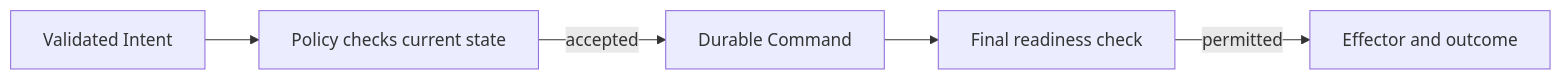
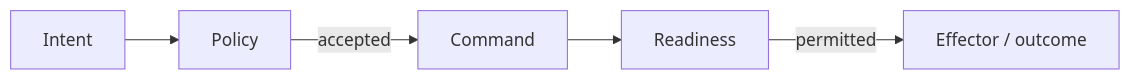
One commit to ghassan-ai-projects/agentic-stream changed the diagram in documentation/learn/safe-actions.md. Above: the diagram before and after it, drawn with Mermaid. The commit also changed 37 other files, not shown here.

Commit message:
docs: simplify diagrams and verify the learning and runtime guides

````diff
--- a/documentation/learn/safe-actions.md
+++ b/documentation/learn/safe-actions.md
@@ -25,7 +25,7 @@
 ```mermaid
 flowchart LR
-    I["Validated Intent"] --> P["Policy checks current state"]
-    P -->|accepted| C["Durable Command"]
-    C --> R["Final readiness check"]
-    R -->|permitted| E["Effector and outcome"]
+    I["Intent"] --> P["Policy"]
+    P -->|accepted| C["Command"]
+    C --> R["Readiness"]
+    R -->|permitted| E["Effector / outcome"]
 ```
````
